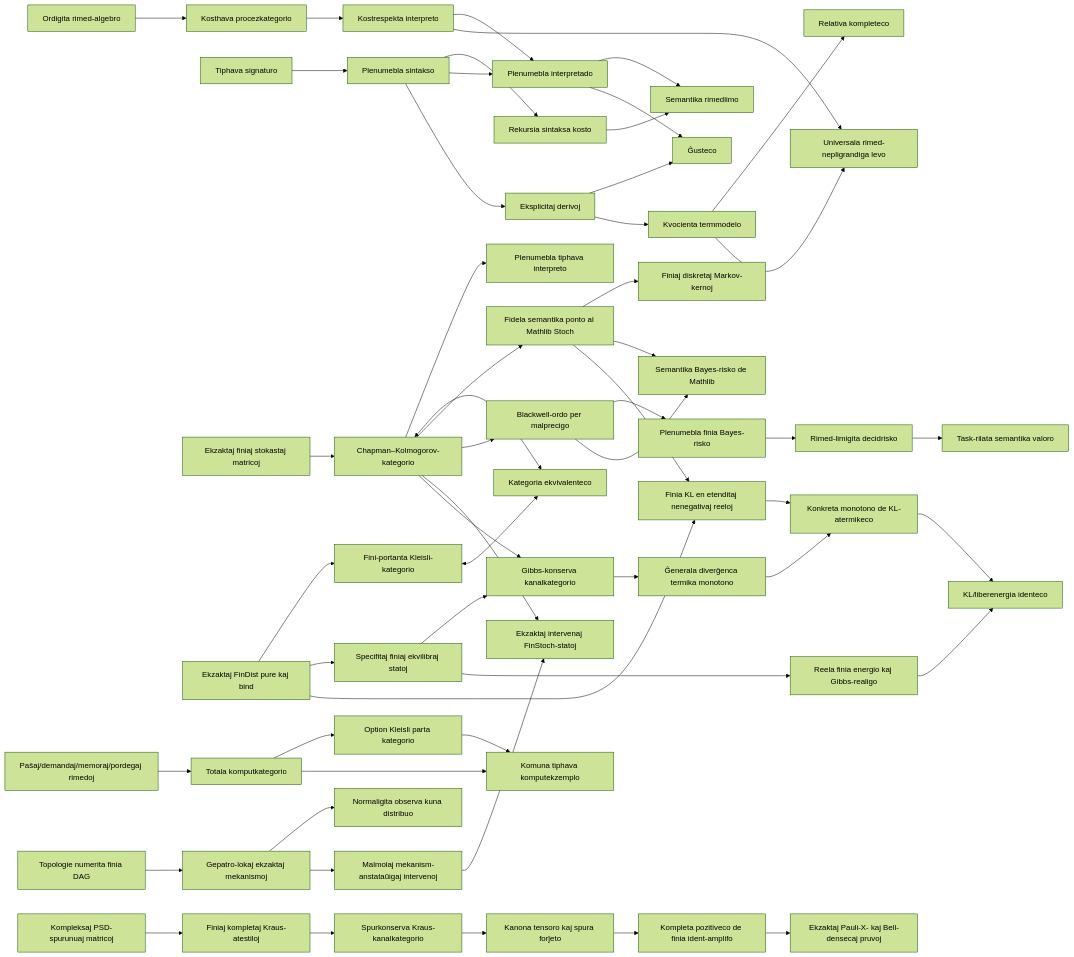
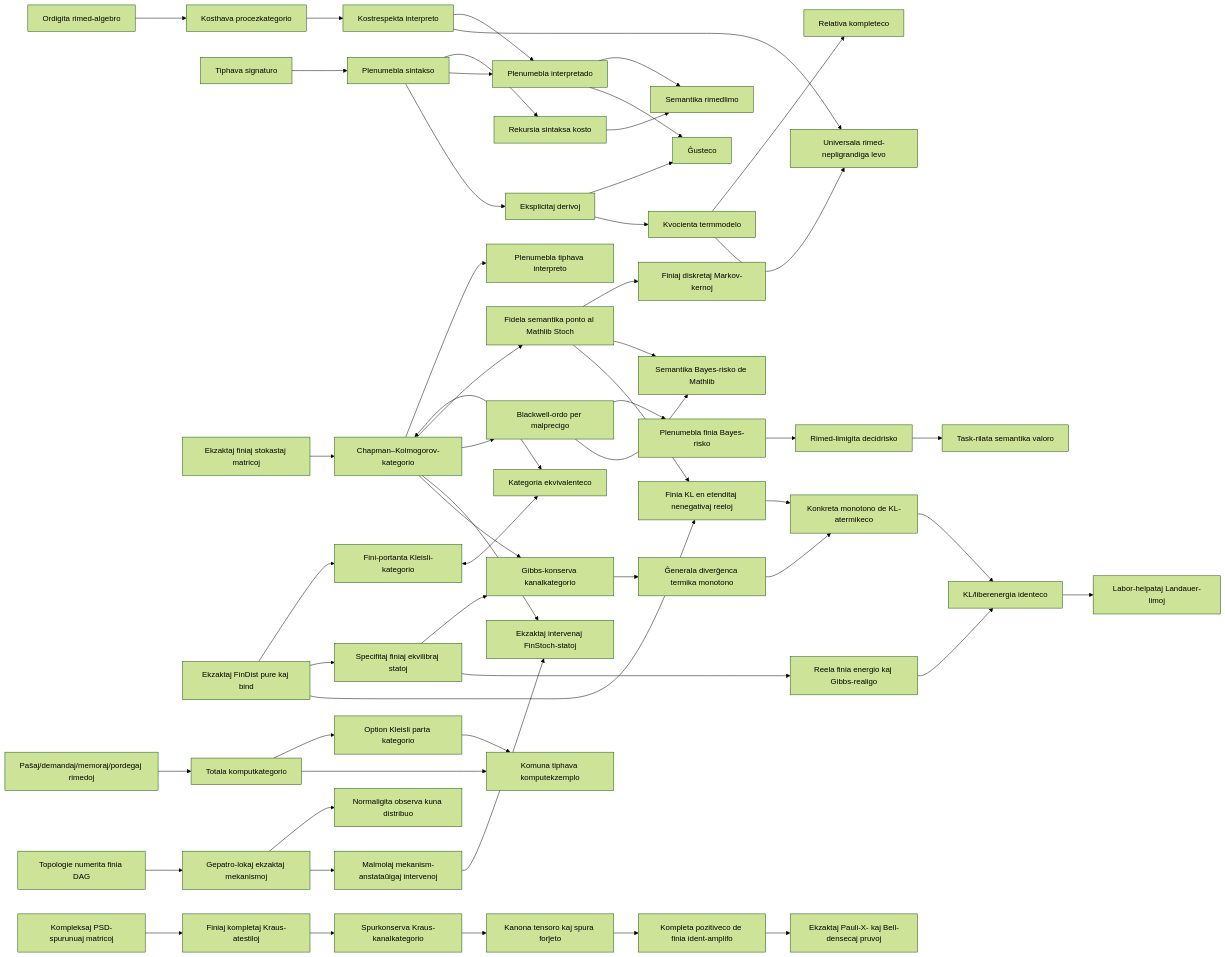
Before and after one commit to miuchan/ript: the diagram in docs/README.eo.md, drawn with Mermaid (forest theme). The commit also changed other lines of this file and 13 other files, not shown here.

````diff
--- a/docs/README.eo.md
+++ b/docs/README.eo.md
@@ -1015,56 +1035,57 @@
 ```mermaid
 flowchart LR
   R["Ordigita rimed-algebro"] --> C["Kosthava procezkategorio"]
   S["Tiphava signaturo"] --> X["Plenumebla sintakso"]
   X --> K["Rekursia sintaksa kosto"]
   C --> I["Kostrespekta interpreto"]
   X --> E["Plenumebla interpretado"]
   I --> E
   K --> B["Semantika rimedlimo"]
   E --> B
   X --> D["Eksplicitaj derivoj"]
   D --> SO["Ĝusteco"]
   E --> SO
   D --> T["Kvocienta termmodelo"]
   T --> CO["Relativa kompleteco"]
   I --> U["Universala rimed-nepligrandiga levo"]
   T --> U
   F["Ekzaktaj finiaj stokastaj matricoj"] --> CK["Chapman–Kolmogorov-kategorio"]
   CK --> EX["Plenumebla tiphava interpreto"]
   FD["Ekzaktaj FinDist pure kaj bind"] --> KL["Fini-portanta Kleisli-kategorio"]
   CK <--> EQ["Kategoria ekvivalenteco"]
   KL <--> EQ
   CK --> ST["Fidela semantika ponto al Mathlib Stoch"]
   ST --> MT["Finiaj diskretaj Markov-kernoj"]
   CK --> BW["Blackwell-ordo per malprecigo"]
   ST --> SB["Semantika Bayes-risko de Mathlib"]
   BW --> FR["Plenumebla finia Bayes-risko"]
   FR --> RR["Rimed-limigita decidrisko"]
   RR --> SV["Task-rilata semantika valoro"]
   BW --> SB
   CR["Paŝaj/demandaj/memoraj/pordegaj rimedoj"] --> TC["Totala komputkategorio"]
   TC --> PC["Option Kleisli parta kategorio"]
   TC --> CE["Komuna tiphava komputekzemplo"]
   PC --> CE
   DAG["Topologie numerita finia DAG"] --> CM["Gepatro-lokaj ekzaktaj mekanismoj"]
   CM --> OJ["Normaligita observa kuna distribuo"]
   CM --> DO["Malmolaj mekanism-anstataŭigaj intervenoj"]
   DO --> IS["Ekzaktaj intervenaj FinStoch-statoj"]
   CK --> IS
   FD --> TE["Specifitaj finiaj ekvilibraj statoj"]
   CK --> GP["Gibbs-konserva kanalkategorio"]
   TE --> GP
   GP --> TM["Ĝenerala diverĝenca termika monotono"]
   FD --> FKL["Finia KL en etenditaj nenegativaj reeloj"]
   ST --> FKL
   FKL --> KTM["Konkreta monotono de KL-atermikeco"]
   TM --> KTM
   TE --> GD["Reela finia energio kaj Gibbs-realigo"]
   GD --> FE["KL/liberenergia identeco"]
   KTM --> FE
+  FE --> LW["Labor-helpataj Landauer-limoj"]
   QB["Kompleksaj PSD-spurunuaj matricoj"] --> QK["Finiaj kompletaj Kraus-atestiloj"]
   QK --> QC["Spurkonserva Kraus-kanalkategorio"]
   QC --> QT["Kanona tensoro kaj spura forĵeto"]
   QT --> QP["Kompleta pozitiveco de finia ident-amplifo"]
   QP --> QX["Ekzaktaj Pauli-X- kaj Bell-densecaj pruvoj"]
 ```
````
